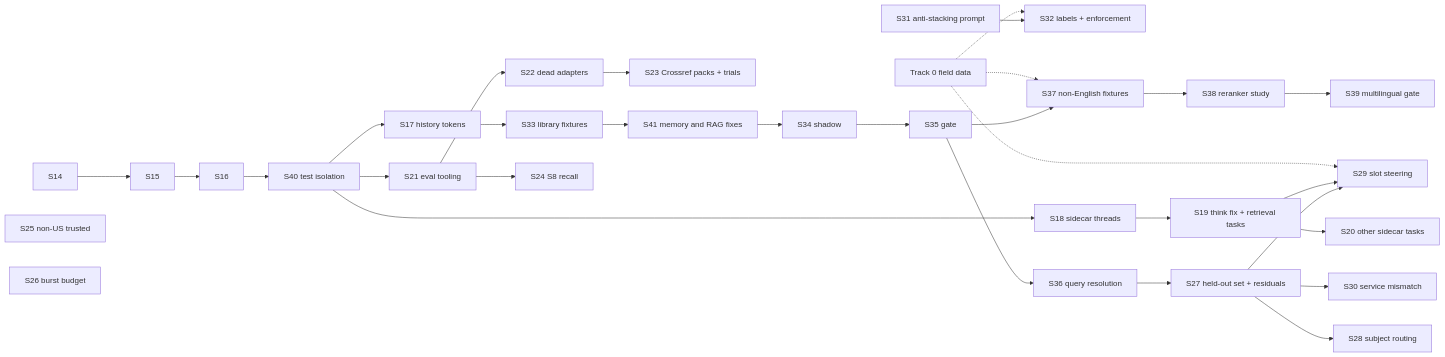
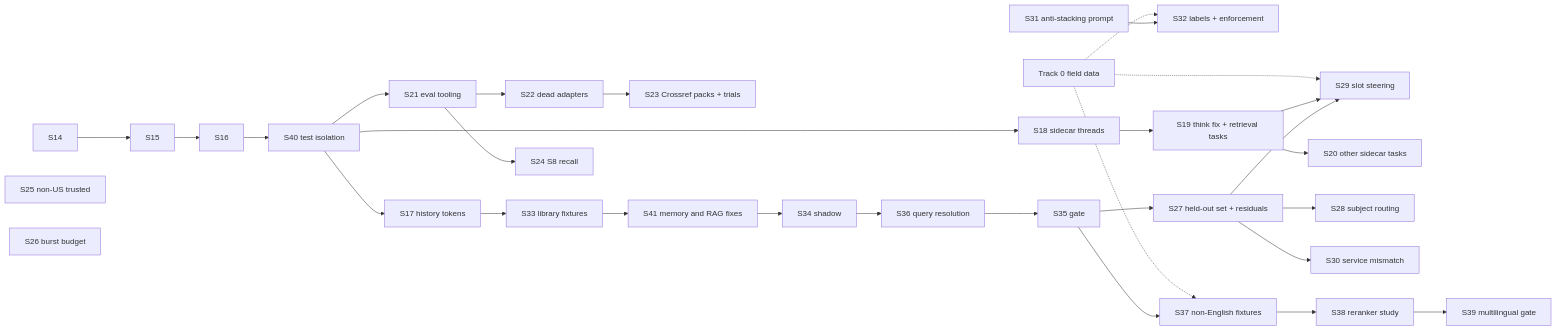
Before and after one commit to dagaza/Qube: the diagram in docs/knowledge_retrieval_followups.md, drawn with Mermaid. The commit also changed other lines of this file, not shown here.

````diff
--- a/docs/knowledge_retrieval_followups.md
+++ b/docs/knowledge_retrieval_followups.md
@@ -83,20 +83,20 @@
 ```mermaid
 flowchart LR
   T0[Track 0 field data] -.-> S29
   T0 -.-> S32
   T0 -.-> S37
   S14 --> S15 --> S16
   S16 --> S40[S40 test isolation] --> S17[S17 history tokens]
   S40 --> S18[S18 sidecar threads] --> S19[S19 think fix + retrieval tasks] --> S20[S20 other sidecar tasks]
   S40 --> S21[S21 eval tooling] --> S22[S22 dead adapters] --> S23[S23 Crossref packs + trials]
-  S17 --> S33[S33 library fixtures] --> S41[S41 memory and RAG fixes] --> S34[S34 shadow] --> S35[S35 gate] --> S36[S36 query resolution]
-  S36 --> S27[S27 held-out set + residuals] --> S28[S28 subject routing]
+  S17 --> S33[S33 library fixtures] --> S41[S41 memory and RAG fixes] --> S34[S34 shadow] --> S36[S36 query resolution] --> S35[S35 gate]
+  S35 --> S27[S27 held-out set + residuals] --> S28[S28 subject routing]
   S19 --> S29[S29 slot steering]
   S27 --> S29
   S27 --> S30[S30 service mismatch]
   S31[S31 anti-stacking prompt] --> S32[S32 labels + enforcement]
   S21 --> S24[S24 S8 recall]
   S25[S25 non-US trusted]
   S26[S26 burst budget]
   S35 --> S37[S37 non-English fixtures] --> S38[S38 reranker study] --> S39[S39 multilingual gate]
 ```
````
